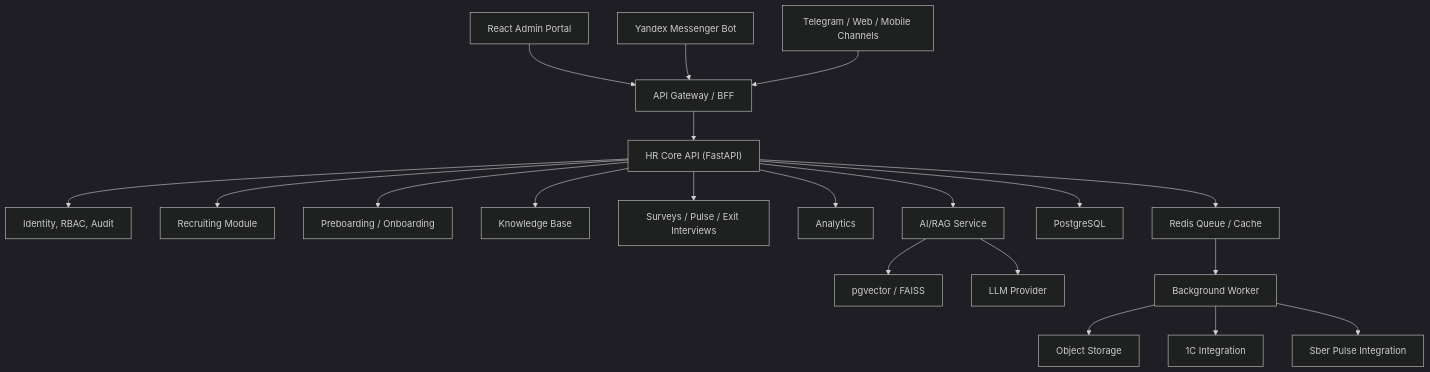
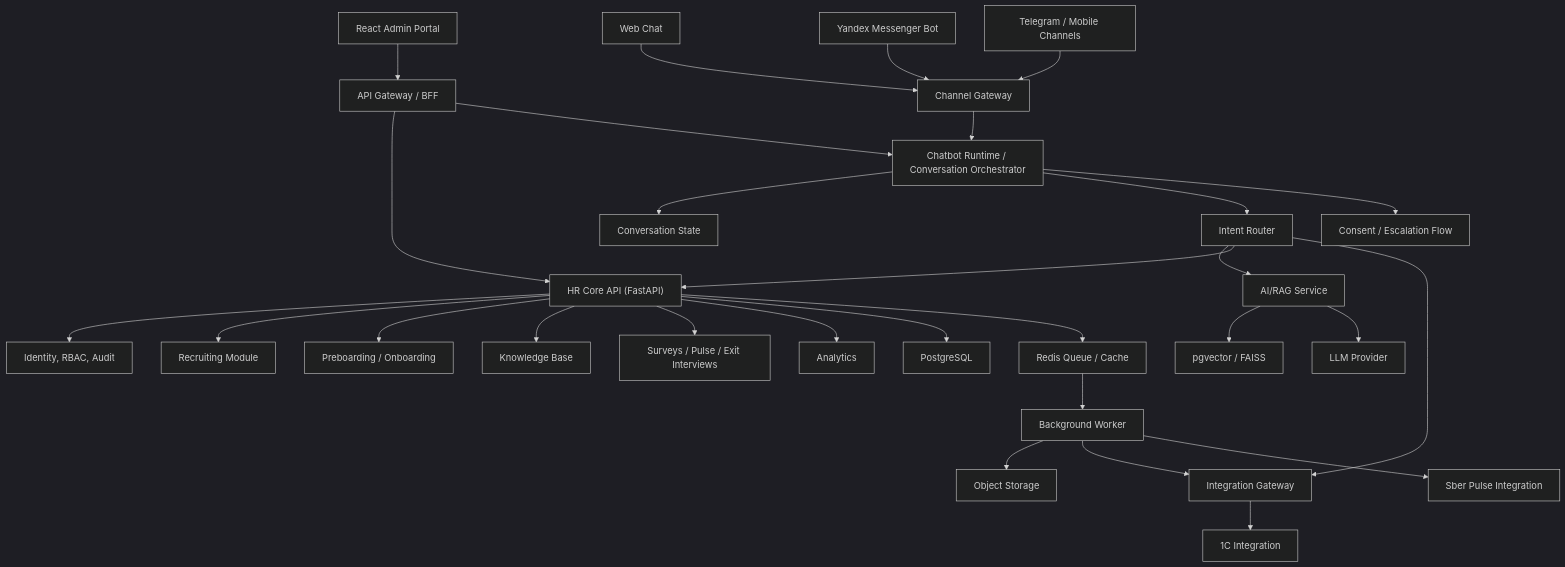
One commit to zeroprg/WinLab changed the diagram in docs/hr-super-app/HR-SUPER-APP-ARCHITECTURE.md. Above: the diagram before and after it, drawn with Mermaid (dark theme). The commit also changed other lines of this file and 80 other files, not shown here.

First line of the commit message:
docs: add chatbot runtime architecture and project skeleton

````diff
--- a/docs/hr-super-app/HR-SUPER-APP-ARCHITECTURE.md
+++ b/docs/hr-super-app/HR-SUPER-APP-ARCHITECTURE.md
@@ -17,25 +17,36 @@
 ```mermaid
 flowchart TD
   webApp["React Admin Portal"] --> apiGateway["API Gateway / BFF"]
-  yandexBot["Yandex Messenger Bot"] --> apiGateway
-  futureBots["Telegram / Web / Mobile Channels"] --> apiGateway
+  webChat["Web Chat"] --> channelGateway["Channel Gateway"]
+  yandexBot["Yandex Messenger Bot"] --> channelGateway
+  futureBots["Telegram / Mobile Channels"] --> channelGateway
 
+  channelGateway --> chatbotRuntime["Chatbot Runtime / Conversation Orchestrator"]
   apiGateway --> hrCore["HR Core API (FastAPI)"]
+  apiGateway --> chatbotRuntime
+
+  chatbotRuntime --> conversationState["Conversation State"]
+  chatbotRuntime --> intentRouter["Intent Router"]
+  chatbotRuntime --> consentFlow["Consent / Escalation Flow"]
+
   hrCore --> authModule["Identity, RBAC, Audit"]
   hrCore --> recruitingModule["Recruiting Module"]
   hrCore --> onboardingModule["Preboarding / Onboarding"]
   hrCore --> knowledgeModule["Knowledge Base"]
   hrCore --> surveysModule["Surveys / Pulse / Exit Interviews"]
   hrCore --> analyticsModule["Analytics"]
 
-  hrCore --> aiService["AI/RAG Service"]
+  intentRouter --> aiService["AI/RAG Service"]
+  intentRouter --> hrCore
+  intentRouter --> integrationGateway["Integration Gateway"]
   aiService --> vectorStore["pgvector / FAISS"]
   aiService --> llmProvider["LLM Provider"]
 
   hrCore --> postgres["PostgreSQL"]
   hrCore --> redis["Redis Queue / Cache"]
   redis --> worker["Background Worker"]
   worker --> objectStore["Object Storage"]
-  worker --> oneC["1C Integration"]
+  integrationGateway --> oneC["1C Integration"]
+  worker --> integrationGateway
   worker --> sberPulse["Sber Pulse Integration"]
 ```
````
